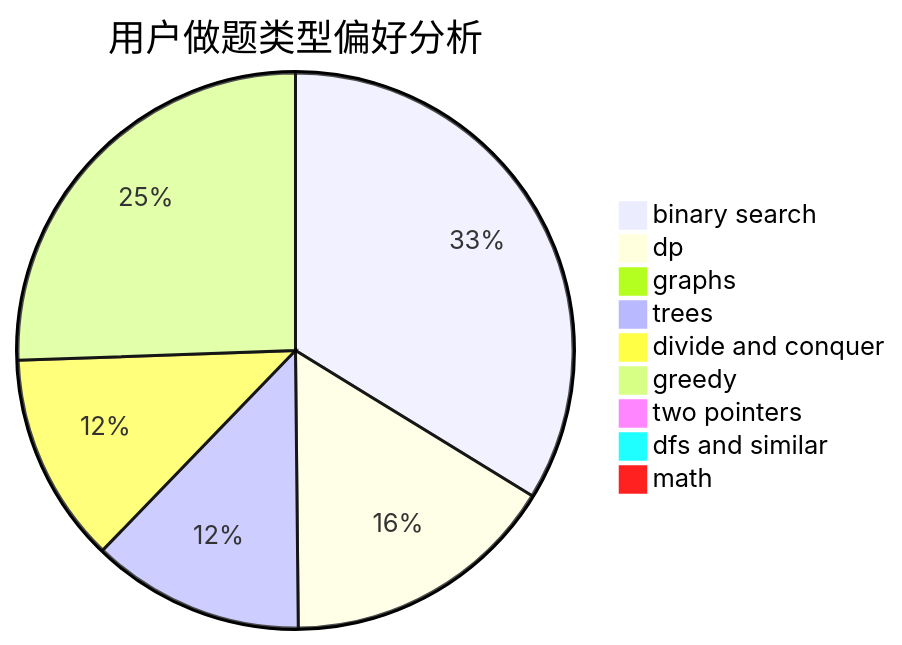
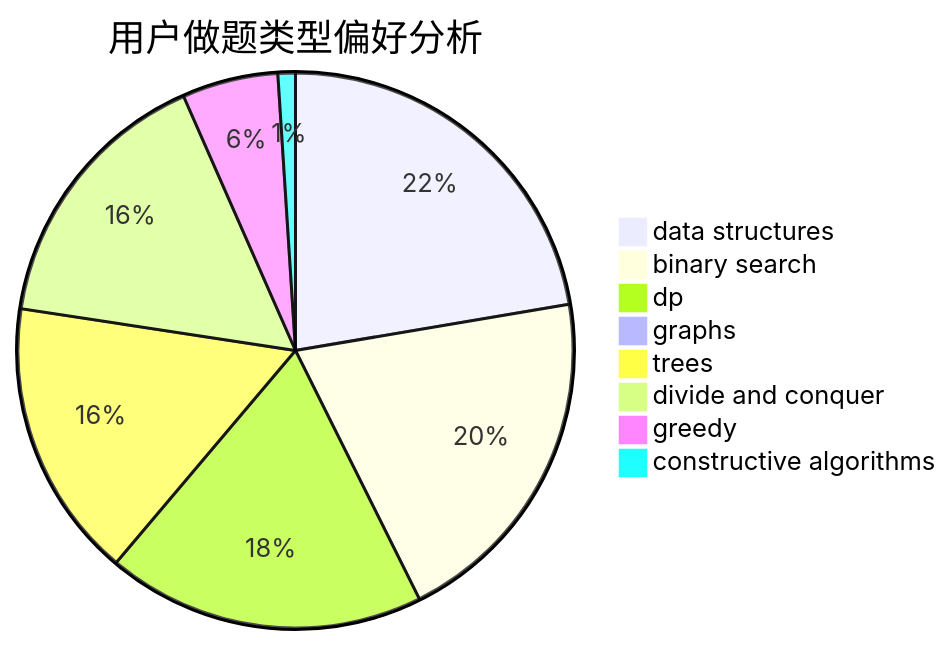
One commit to sherpahu/cfrs.github.io changed the second of 3 diagrams in docs/user/u859.md. Above: the diagram before and after it, drawn with Mermaid. The commit also changed other lines of this file and 2775 other files, not shown here.

````diff
--- a/docs/user/u859.md
+++ b/docs/user/u859.md
@@ -23,12 +23,11 @@
 ```mermaid
 pie title 用户做题类型偏好分析
-    "binary search" :  210
-    "dp" :  100
-    "graphs" :  6
-    "trees" :  77
-    "divide and conquer" :  76
-    "greedy" :  159
-    "two pointers" :  0
-    "dfs and similar" :  6
-    "math" :  6
+    "data structures" :  88
+    "binary search" :  80
+    "dp" :  73
+    "graphs" :  3
+    "trees" :  64
+    "divide and conquer" :  63
+    "greedy" :  22
+    "constructive algorithms" :  4
 ```
````
